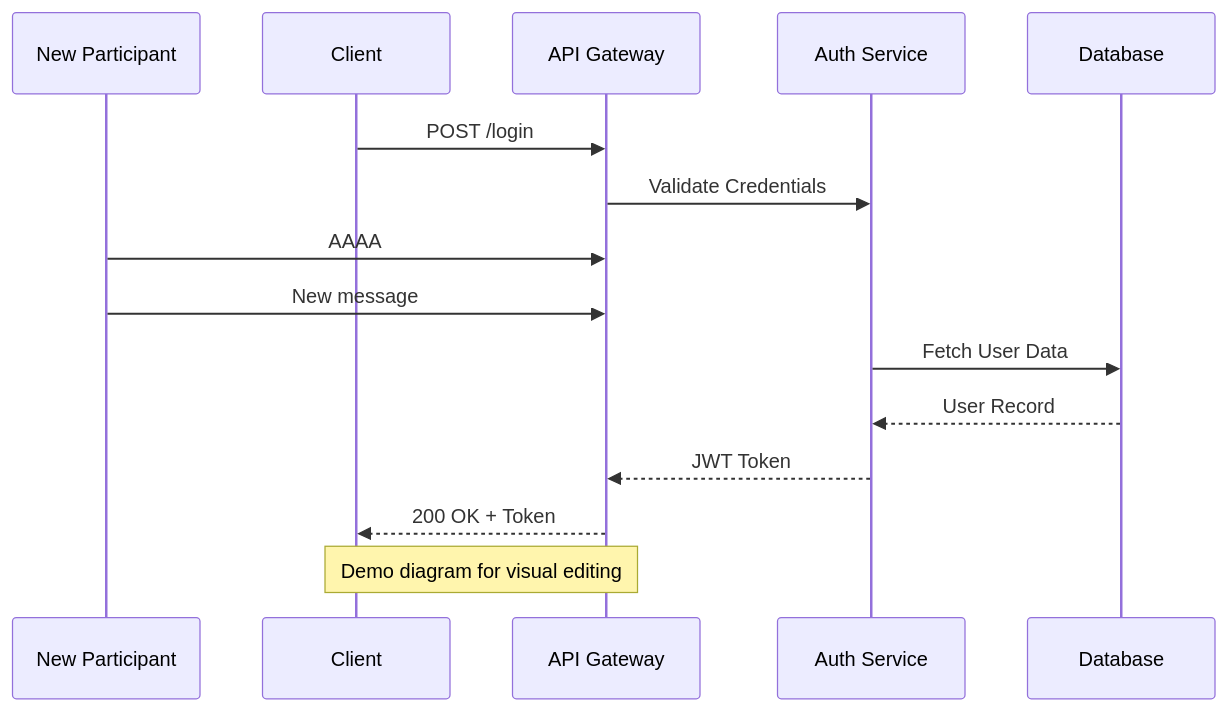
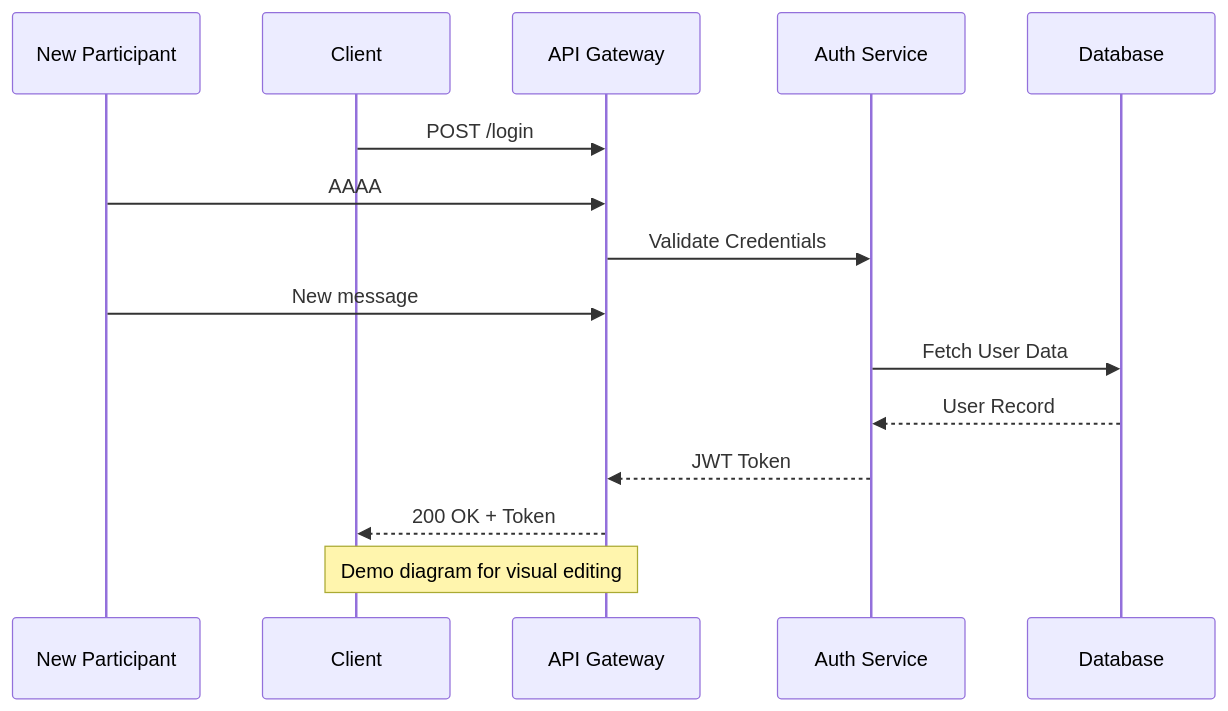
Before and after one commit to stanimirovv/foliant: the diagram in diagrams/editing-demo.mmd, drawn with Mermaid.

Commit message:
feat: adjust animated arrows

```diff
--- a/diagrams/editing-demo.mmd
+++ b/diagrams/editing-demo.mmd
@@ -1,18 +1,18 @@
-%% CONFIG: {"version":1,"notes":[{"id":"note_1791746502651_4pzj6","x":-122,"y":-109,"text":"asdasd\nasdasd\nasdas","color":"blue"}],"arrows":[{"from":"New1","to":"API","label":"AAAA","color":"#00ff9d","animation":"flow"},{"from":"API","to":"Auth","label":"Validate Credentials","color":"#ff1744","animation":"broken-sender"}]}
+%% CONFIG: {"version":1,"notes":[{"id":"note_1791746502651_4pzj6","x":-211,"y":-74,"text":"asdasd\nasdasd\nasdas","color":"blue"}],"arrows":[{"from":"New1","to":"API","label":"AAAA","color":"#00ff9d","animation":"pulse"},{"from":"API","to":"Auth","label":"Validate Credentials","color":"#ff1744","animation":"broken-receiver"}]}
 sequenceDiagram
     participant New1 as New Participant
     participant C as Client
     participant API as API Gateway
     participant Auth as Auth Service
     participant DB as Database
 
     C->>API: POST /login
+    New1->>API: AAAA
     API->>Auth: Validate Credentials
-    New1->>API: AAAA
     New1->>API: New message
     Auth->>DB: Fetch User Data
     DB-->>Auth: User Record
     Auth-->>API: JWT Token
     API-->>C: 200 OK + Token
 
     Note over C,API: Demo diagram for visual editing
```
